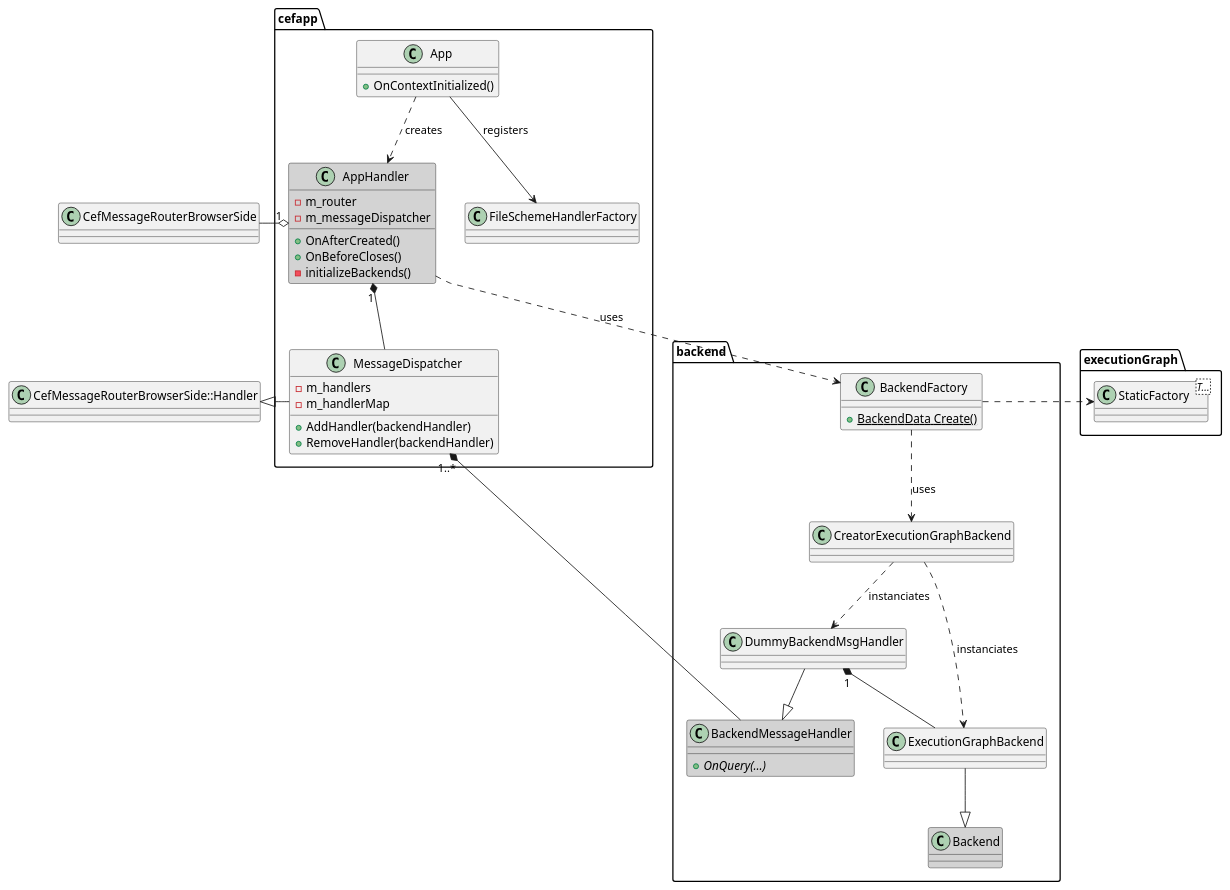
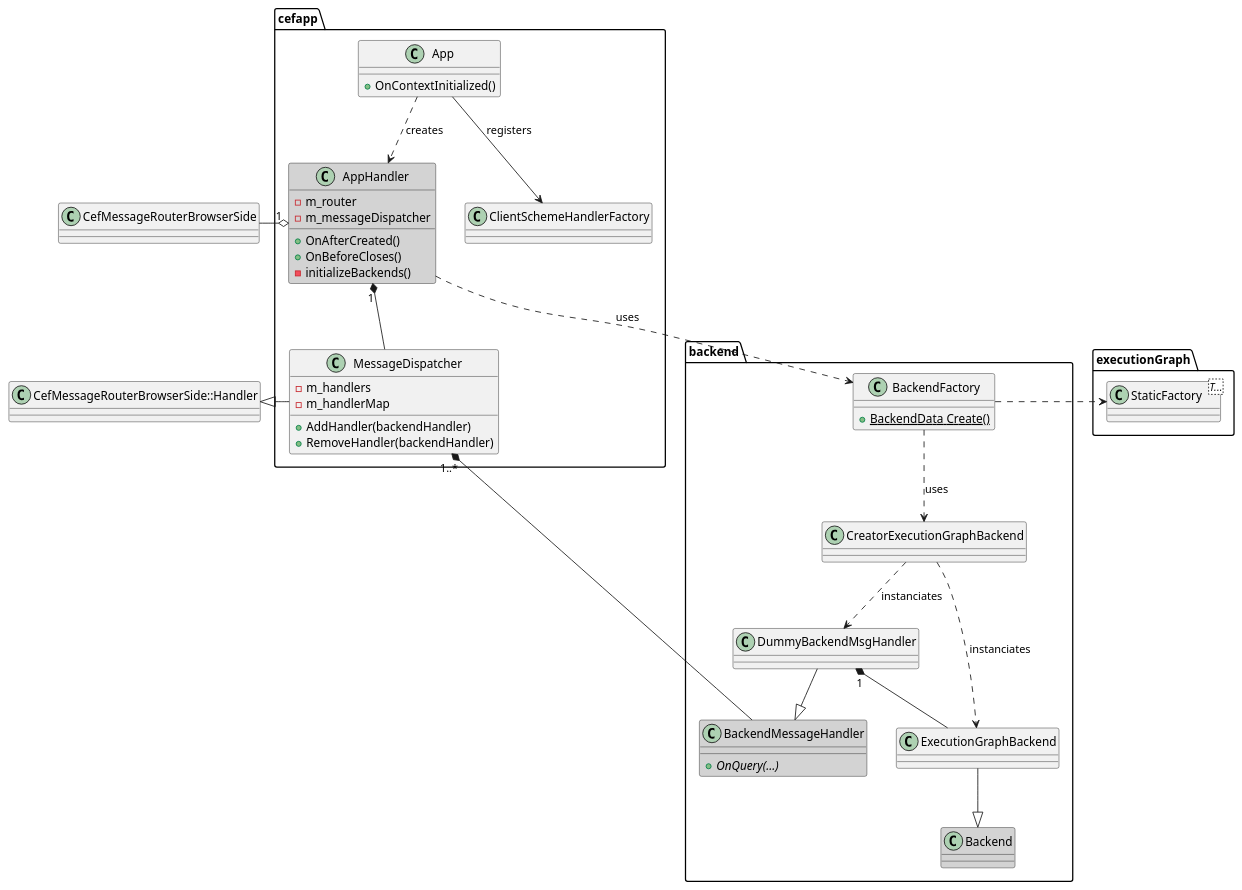
One commit to gabyx/ExecutionGraph changed the diagram in gui/specs/client-backend.plantuml. Above: the diagram before and after it, drawn with PlantUML. The commit also changed 15 other files, not shown here.

```diff
--- a/gui/specs/client-backend.plantuml
+++ b/gui/specs/client-backend.plantuml
@@ -2,71 +2,71 @@
 @startuml
 set namespaceSeparator ::
 skinparam shadowing false
 
 class CefMessageRouterBrowserSide
 class Handler as "CefMessageRouterBrowserSide::Handler"
 
 namespace cefapp{
     class App{
         + OnContextInitialized()
     }
     class AppHandler #D3D3D3{
         + OnAfterCreated()
         + OnBeforeCloses()
         - m_router
         - m_messageDispatcher
         - initializeBackends()
     }
 
     class MessageDispatcher {
         + AddHandler(backendHandler)
         + RemoveHandler(backendHandler)
         - m_handlers
         - m_handlerMap
     }
-    class FileSchemeHandlerFactory
+    class ClientSchemeHandlerFactory
 }
 
 
 cefapp::App ..> cefapp::AppHandler : creates
-cefapp::App --> cefapp::FileSchemeHandlerFactory : registers
+cefapp::App --> cefapp::ClientSchemeHandlerFactory : registers
 
 cefapp::AppHandler "1" o-left- CefMessageRouterBrowserSide
 cefapp::AppHandler "1" *-- cefapp::MessageDispatcher
 cefapp::MessageDispatcher -left-|> Handler
 cefapp::MessageDispatcher "1..*" *--- backend::BackendMessageHandler
 
 namespace backend {
     class Backend #D3D3D3
     class BackendMessageHandler #D3D3D3{
         + OnQuery(...) {abstract} 
     }
 
     class BackendFactory {
         + BackendData Create() {static}
     }
 
     class CreatorExecutionGraphBackend
 
     class DummyBackendMsgHandler
 }
 
 namespace executionGraph {
     class StaticFactory<T...>
 }
 
 cefapp::AppHandler ..> backend::BackendFactory : uses
 
 backend::ExecutionGraphBackend --|> backend::Backend
 backend::DummyBackendMsgHandler --|> backend::BackendMessageHandler
 
 backend::BackendFactory ..> backend::CreatorExecutionGraphBackend : uses
 
 backend::CreatorExecutionGraphBackend ..> backend::ExecutionGraphBackend : instanciates
 backend::CreatorExecutionGraphBackend ..> backend::DummyBackendMsgHandler : instanciates
 
 backend::DummyBackendMsgHandler "1" *-- backend::ExecutionGraphBackend
 
 backend::BackendFactory .right.> executionGraph::StaticFactory
 
 @enduml
```
